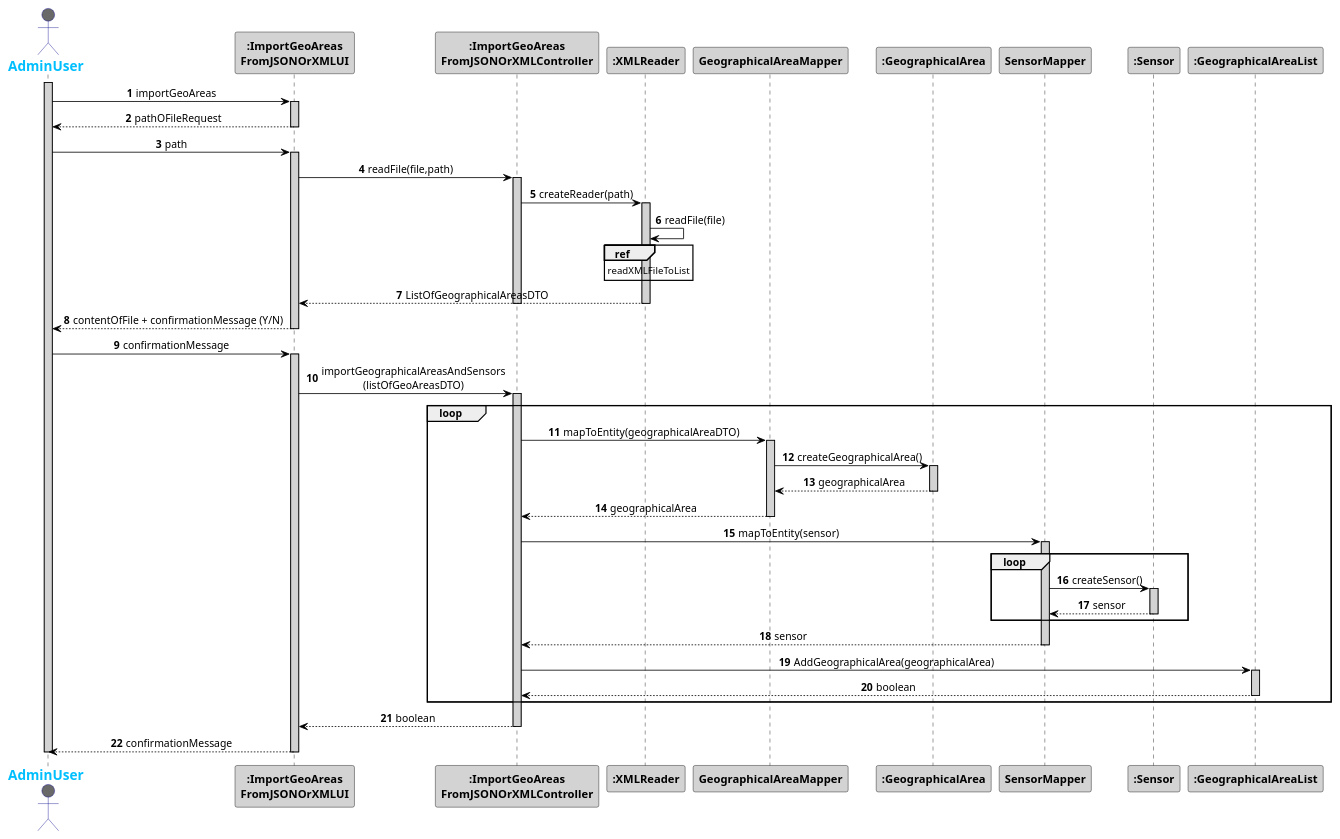
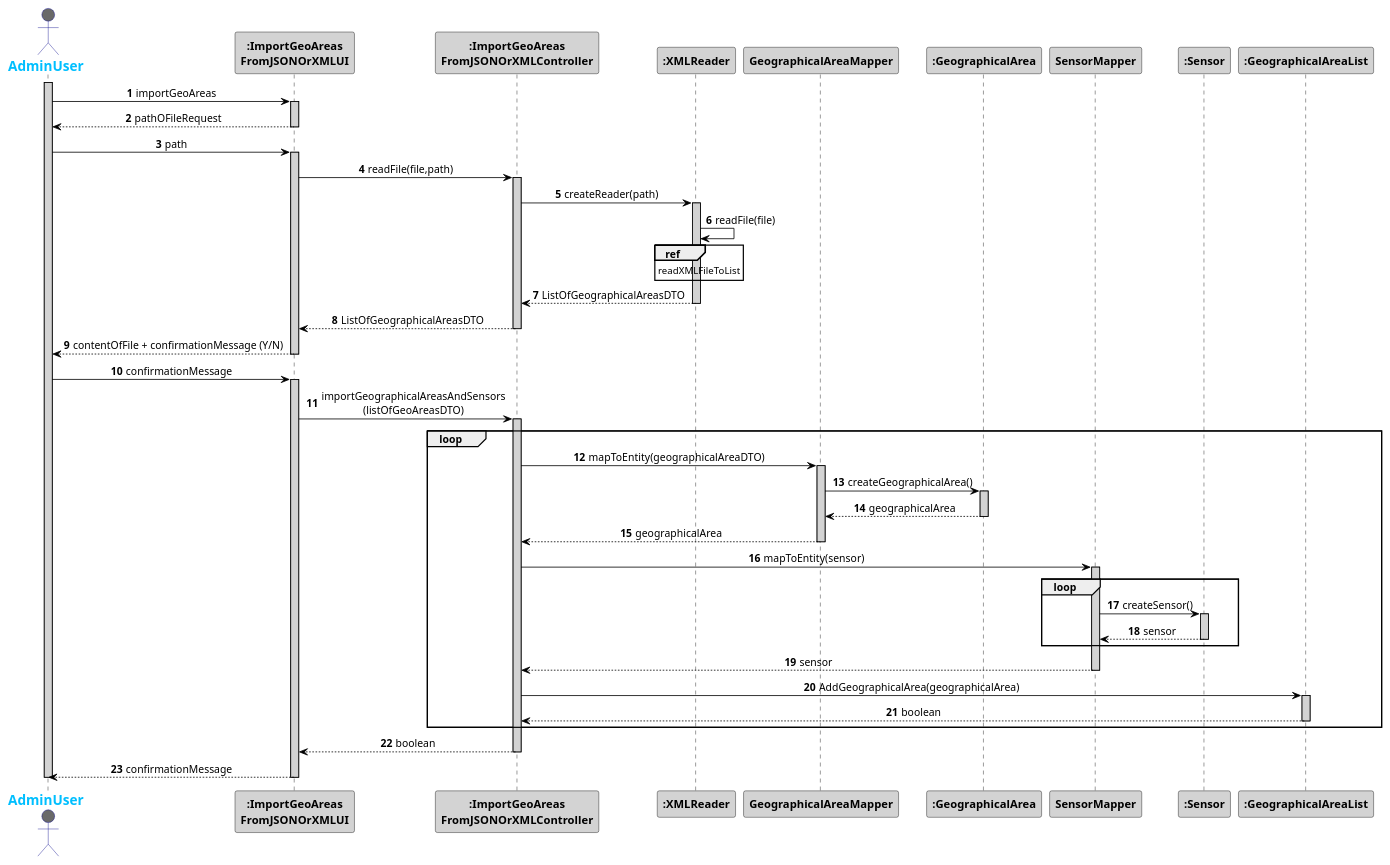
One commit to 1181687/hateoasToy changed the diagram in src/main/java/pt/ipp/isep/dei/project/controllers/importgeoareasfromjsonorxmlcontroller/SD_ImportGeoAreasFromXML.puml. Above: the diagram before and after it, drawn with PlantUML. The commit also changed 1 other file, not shown here.

```diff
--- a/src/main/java/pt/ipp/isep/dei/project/controllers/importgeoareasfromjsonorxmlcontroller/SD_ImportGeoAreasFromXML.puml
+++ b/src/main/java/pt/ipp/isep/dei/project/controllers/importgeoareasfromjsonorxmlcontroller/SD_ImportGeoAreasFromXML.puml
@@ -1,76 +1,77 @@
 @startuml
 skinparam sequenceMessageAlign center
 skinparam sequence {
 	ArrowColor Black
 	ActorBorderColor DarkBlue
 	LifeLineBorderColor black
 	LifeLineBackgroundColor LightGrey
 
 	ParticipantBorderColor Black
 	ParticipantBackgroundColor LightGrey
 	ParticipantFontStyle Bold
 
 	ActorBackgroundColor DimGrey
 	ActorFontColor DeepSkyBlue
 	ActorFontStyle Bold
 	ActorFontSize 17
 	ActorFontName Aapex
 }
 actor AdminUser
 activate AdminUser
 actor AdminUser
 autonumber
 AdminUser -> ":ImportGeoAreas\nFromJSONOrXMLUI": importGeoAreas
 activate ":ImportGeoAreas\nFromJSONOrXMLUI"
 AdminUser <-- ":ImportGeoAreas\nFromJSONOrXMLUI": pathOFileRequest
 deactivate ":ImportGeoAreas\nFromJSONOrXMLUI"
 AdminUser -> ":ImportGeoAreas\nFromJSONOrXMLUI": path
 activate ":ImportGeoAreas\nFromJSONOrXMLUI"
 ":ImportGeoAreas\nFromJSONOrXMLUI" -> ":ImportGeoAreas\nFromJSONOrXMLController": readFile(file,path)
 activate ":ImportGeoAreas\nFromJSONOrXMLController"
 ":ImportGeoAreas\nFromJSONOrXMLController" -> ":XMLReader": createReader(path)
 activate ":XMLReader"
 ":XMLReader" -> ":XMLReader" : readFile(file)
 ref over ":XMLReader"
 readXMLFileToList
 end
-":ImportGeoAreas\nFromJSONOrXMLUI" <-- ":XMLReader" : ListOfGeographicalAreasDTO
+":ImportGeoAreas\nFromJSONOrXMLController" <-- ":XMLReader" : ListOfGeographicalAreasDTO
 deactivate ":XMLReader"
+":ImportGeoAreas\nFromJSONOrXMLUI" <-- ":ImportGeoAreas\nFromJSONOrXMLController" : ListOfGeographicalAreasDTO
 deactivate ":ImportGeoAreas\nFromJSONOrXMLController"
 AdminUser <-- ":ImportGeoAreas\nFromJSONOrXMLUI": contentOfFile + confirmationMessage (Y/N)
 deactivate ":ImportGeoAreas\nFromJSONOrXMLUI"
 AdminUser -> ":ImportGeoAreas\nFromJSONOrXMLUI": confirmationMessage
 activate ":ImportGeoAreas\nFromJSONOrXMLUI"
 ":ImportGeoAreas\nFromJSONOrXMLUI" -> ":ImportGeoAreas\nFromJSONOrXMLController": importGeographicalAreasAndSensors\n(listOfGeoAreasDTO)
 activate ":ImportGeoAreas\nFromJSONOrXMLController"
 loop
 ":ImportGeoAreas\nFromJSONOrXMLController" -> "GeographicalAreaMapper" : mapToEntity(geographicalAreaDTO)
 activate "GeographicalAreaMapper"
 "GeographicalAreaMapper" -> ":GeographicalArea" : createGeographicalArea()
 activate ":GeographicalArea"
 "GeographicalAreaMapper" <-- ":GeographicalArea" : geographicalArea
 deactivate ":GeographicalArea"
 ":ImportGeoAreas\nFromJSONOrXMLController" <-- "GeographicalAreaMapper" : geographicalArea
 deactivate "GeographicalAreaMapper"
 ":ImportGeoAreas\nFromJSONOrXMLController" -> "SensorMapper" : mapToEntity(sensor)
 loop
 activate "SensorMapper"
 "SensorMapper" -> ":Sensor" : createSensor()
 activate ":Sensor"
 "SensorMapper" <-- ":Sensor" : sensor
 deactivate ":Sensor"
 end
 ":ImportGeoAreas\nFromJSONOrXMLController" <-- "SensorMapper" : sensor
  deactivate "SensorMapper"
 ":ImportGeoAreas\nFromJSONOrXMLController"  -> ":GeographicalAreaList" : AddGeographicalArea(geographicalArea)
 activate ":GeographicalAreaList"
 ":ImportGeoAreas\nFromJSONOrXMLController" <-- ":GeographicalAreaList" : boolean
 deactivate ":GeographicalAreaList"
 end
 ":ImportGeoAreas\nFromJSONOrXMLUI" <-- ":ImportGeoAreas\nFromJSONOrXMLController": boolean
 deactivate ":ImportGeoAreas\nFromJSONOrXMLController"
 AdminUser <-- ":ImportGeoAreas\nFromJSONOrXMLUI": confirmationMessage
 deactivate ":ImportGeoAreas\nFromJSONOrXMLUI"
 deactivate AdminUser
 
 @enduml
```
